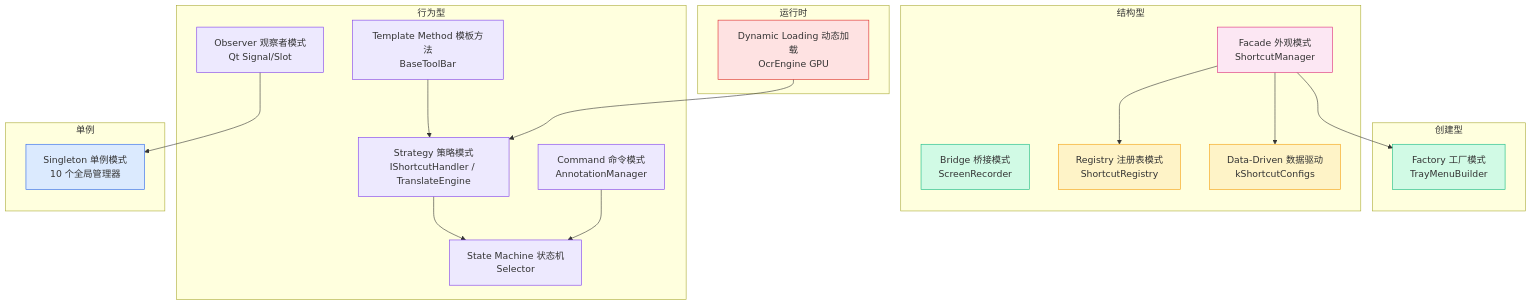
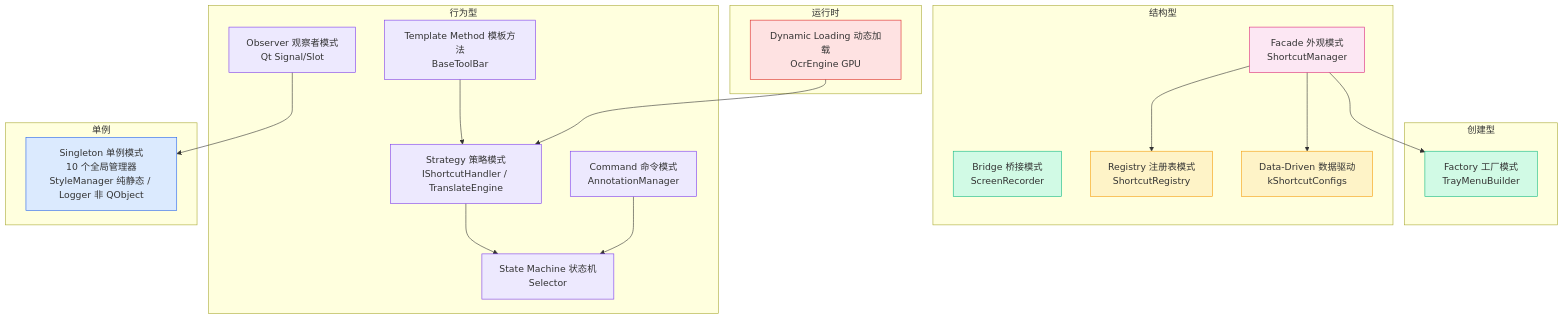
One commit to ChiangyangNPU/quick-shot changed diagram 35 of 35 in docs/architecture.md. Above: the diagram before and after it, drawn with Mermaid. The commit also changed other lines of this file and 3 other files, not shown here.

````diff
--- a/docs/architecture.md
+++ b/docs/architecture.md
@@ -3257,51 +3293,51 @@
 ```mermaid
 graph TD
     subgraph 创建型
         F[Factory 工厂模式<br/>TrayMenuBuilder]
     end
 
     subgraph 结构型
         B[Bridge 桥接模式<br/>ScreenRecorder]
         Fa[Facade 外观模式<br/>ShortcutManager]
         R[Registry 注册表模式<br/>ShortcutRegistry]
         D[Data-Driven 数据驱动<br/>kShortcutConfigs]
     end
 
     subgraph 行为型
         S[Strategy 策略模式<br/>IShortcutHandler / TranslateEngine]
         SM[State Machine 状态机<br/>Selector]
         TM[Template Method 模板方法<br/>BaseToolBar]
         C[Command 命令模式<br/>AnnotationManager]
         O[Observer 观察者模式<br/>Qt Signal/Slot]
     end
 
     subgraph 单例
-        Sig[Singleton 单例模式<br/>10 个全局管理器]
+        Sig[Singleton 单例模式<br/>10 个全局管理器<br/>StyleManager 纯静态 / Logger 非 QObject]
     end
 
     subgraph 运行时
         DL[Dynamic Loading 动态加载<br/>OcrEngine GPU]
     end
 
     Fa --> R
     Fa --> F
     Fa --> D
     S --> SM
     TM --> S
     C --> SM
     O --> Sig
     DL --> S
 
     style Sig fill:#dbeafe,stroke:#2563eb
     style B fill:#d1fae5,stroke:#10b981
     style Fa fill:#fce7f3,stroke:#db2777
     style R fill:#fef3c7,stroke:#f59e0b
     style D fill:#fef3c7,stroke:#f59e0b
     style S fill:#ede9fe,stroke:#7c3aed
     style SM fill:#ede9fe,stroke:#7c3aed
     style TM fill:#ede9fe,stroke:#7c3aed
     style C fill:#ede9fe,stroke:#7c3aed
     style O fill:#ede9fe,stroke:#7c3aed
     style F fill:#d1fae5,stroke:#10b981
     style DL fill:#fee2e2,stroke:#dc2626
 ```
````
